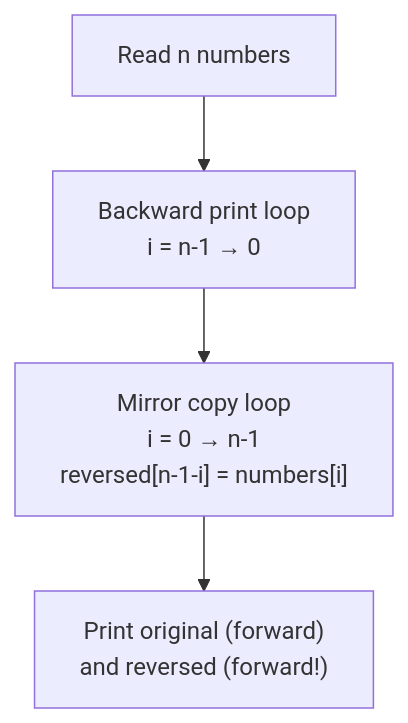
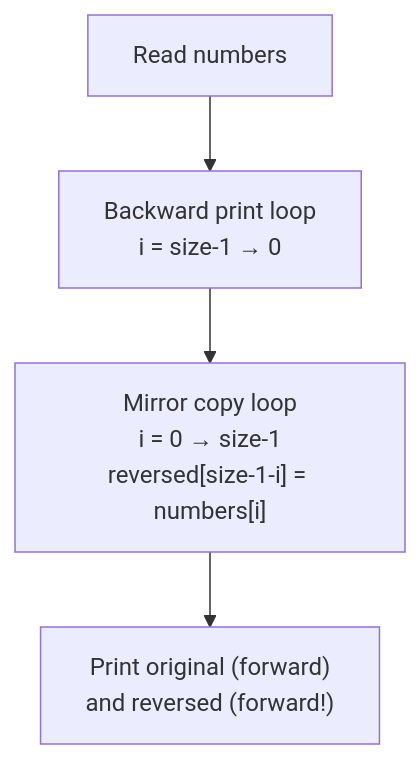
Before and after one commit to Wameeedh/c-programing-workshop: the second of 3 diagrams in c-programing-workshop/session-3/problems/05-reverse-array/README.md, drawn with Mermaid. The commit also changed other lines of this file and 12 other files, not shown here.

````diff
--- a/c-programing-workshop/session-3/problems/05-reverse-array/README.md
+++ b/c-programing-workshop/session-3/problems/05-reverse-array/README.md
@@ -84,6 +85,6 @@
 ```mermaid
 flowchart TD
-    R["Read n numbers"] --> B["Backward print loop<br/>i = n-1 → 0"]
-    B --> C["Mirror copy loop<br/>i = 0 → n-1<br/>reversed[n-1-i] = numbers[i]"]
+    R["Read numbers"] --> B["Backward print loop<br/>i = size-1 → 0"]
+    B --> C["Mirror copy loop<br/>i = 0 → size-1<br/>reversed[size-1-i] = numbers[i]"]
     C --> P["Print original (forward)<br/>and reversed (forward!)"]
 ```
````
